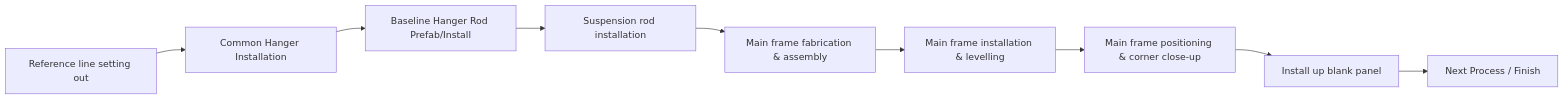
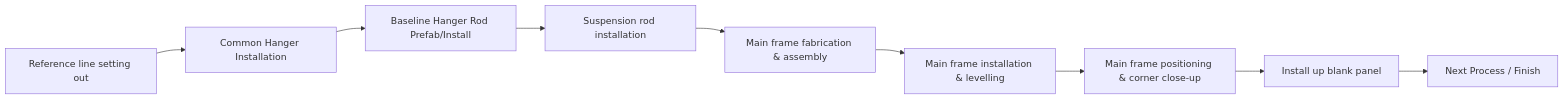
The second of 2 diagrams in Notebook/t-grid.md (Asy508/Construction), drawn with Mermaid before and after one commit.

````diff
--- a/Notebook/t-grid.md
+++ b/Notebook/t-grid.md
@@ -39,24 +39,25 @@
 ```mermaid
 flowchart LR
     %% Row 1 (Left to Right)
     A[Reference line setting out] --> B[Common Hanger Installation]
     B --> C[Baseline Hanger Rod Prefab/Install]
     
     %% Connect Row 1 to Row 2
     C --> D[Suspension rod installation]
     
     %% Row 2 (Right to Left visual flow)
     D --> E[Main frame fabrication & assembly]
     E --> F[Main frame installation & levelling]
     
     %% Connect Row 2 to Row 3
     F --> G[Main frame positioning & corner close-up]
     
     %% Row 3 (Left to Right visual flow)
     G --> H[Install up blank panel]
     H --> I[Next Process / Finish]
 
     %% CRITICAL: Invisible vertical links to lock into a 3x3 grid layout
     E~~~B
-    H~~~A
+    F~~~A
+    %%H~~~A
 ```
````
